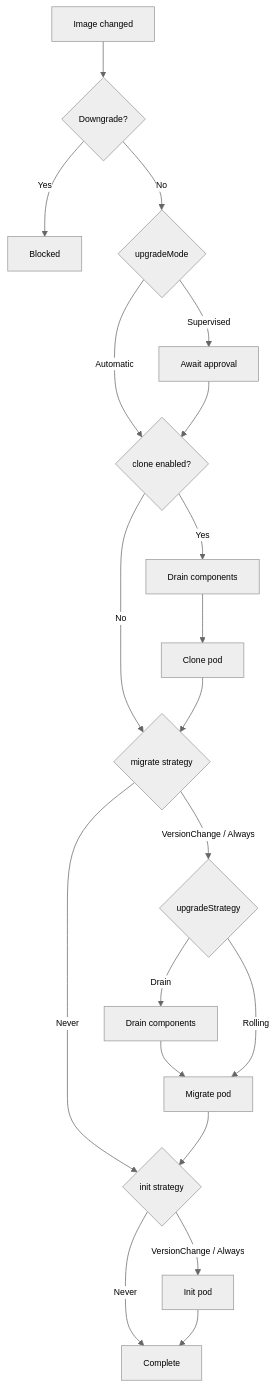
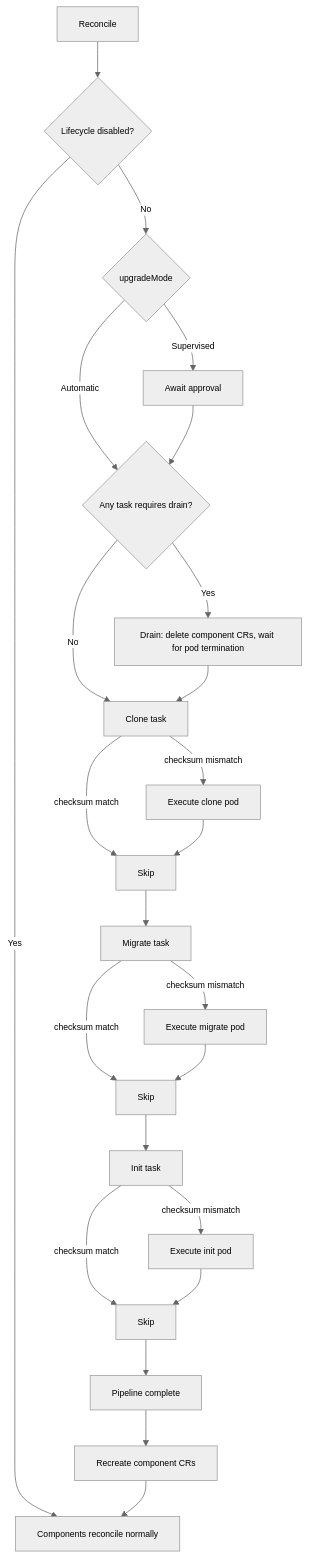
One commit to renovate-bot/apache-_-superset-kubernetes-operator changed the diagram in docs/user-guide/lifecycle.md. Above: the diagram before and after it, drawn with Mermaid. The commit also changed other lines of this file and 8 other files, not shown here.

First line of the commit message:
refactor(lifecycle): per-task trigger model with checksum chain propa… (#39)

````diff
--- a/docs/user-guide/lifecycle.md
+++ b/docs/user-guide/lifecycle.md
@@ -137,21 +155,27 @@
 ```mermaid
 %%{init: {'theme': 'neutral', 'themeVariables': {'fontSize': '12px'}}}%%
 flowchart TD
-    A[Image changed] --> B{Downgrade?}
-    B -->|Yes| C[Blocked]
-    B -->|No| D{upgradeMode}
-    D -->|Automatic| F
-    D -->|Supervised| E[Await approval]
-    E --> F{clone enabled?}
-    F -->|Yes| F1[Drain components] --> F2[Clone pod]
-    F -->|No| G{migrate strategy}
-    F2 --> G
-    G -->|Never| I
-    G -->|VersionChange / Always| G1{upgradeStrategy}
-    G1 -->|Drain| G2[Drain components] --> H[Migrate pod]
-    G1 -->|Rolling| H
-    H --> I{init strategy}
-    I -->|Never| K[Complete]
-    I -->|VersionChange / Always| J[Init pod]
-    J --> K
+    A[Reconcile] --> B{Lifecycle disabled?}
+    B -->|Yes| Z[Components reconcile normally]
+    B -->|No| C{upgradeMode}
+    C -->|Automatic| E
+    C -->|Supervised| D[Await approval]
+    D --> E{Any task requires drain?}
+    E -->|Yes| F[Drain: delete component CRs, wait for pod termination]
+    E -->|No| G
+    F --> G[Clone task]
+    G -->|checksum match| H[Skip]
+    G -->|checksum mismatch| G1[Execute clone pod]
+    G1 --> H
+    H --> I[Migrate task]
+    I -->|checksum match| J[Skip]
+    I -->|checksum mismatch| I1[Execute migrate pod]
+    I1 --> J
+    J --> K[Init task]
+    K -->|checksum match| L[Skip]
+    K -->|checksum mismatch| K1[Execute init pod]
+    K1 --> L
+    L --> M[Pipeline complete]
+    M --> N[Recreate component CRs]
+    N --> Z
 ```
````
